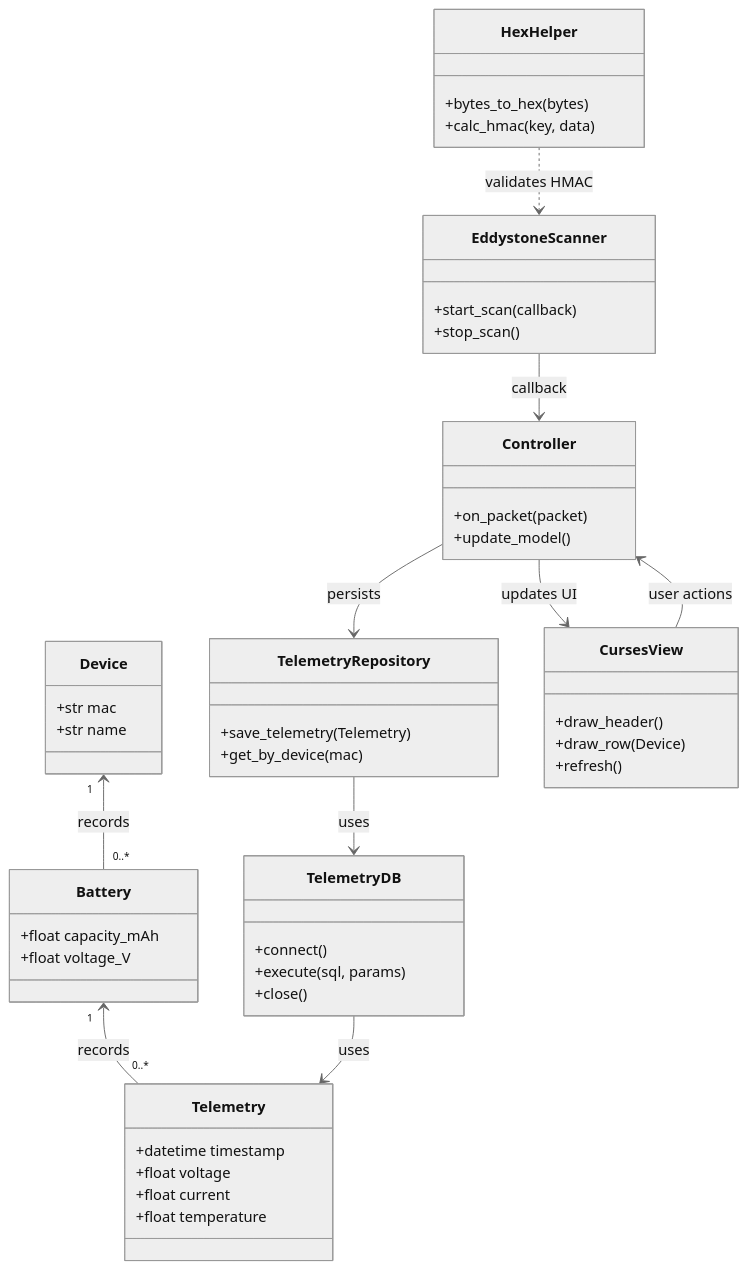
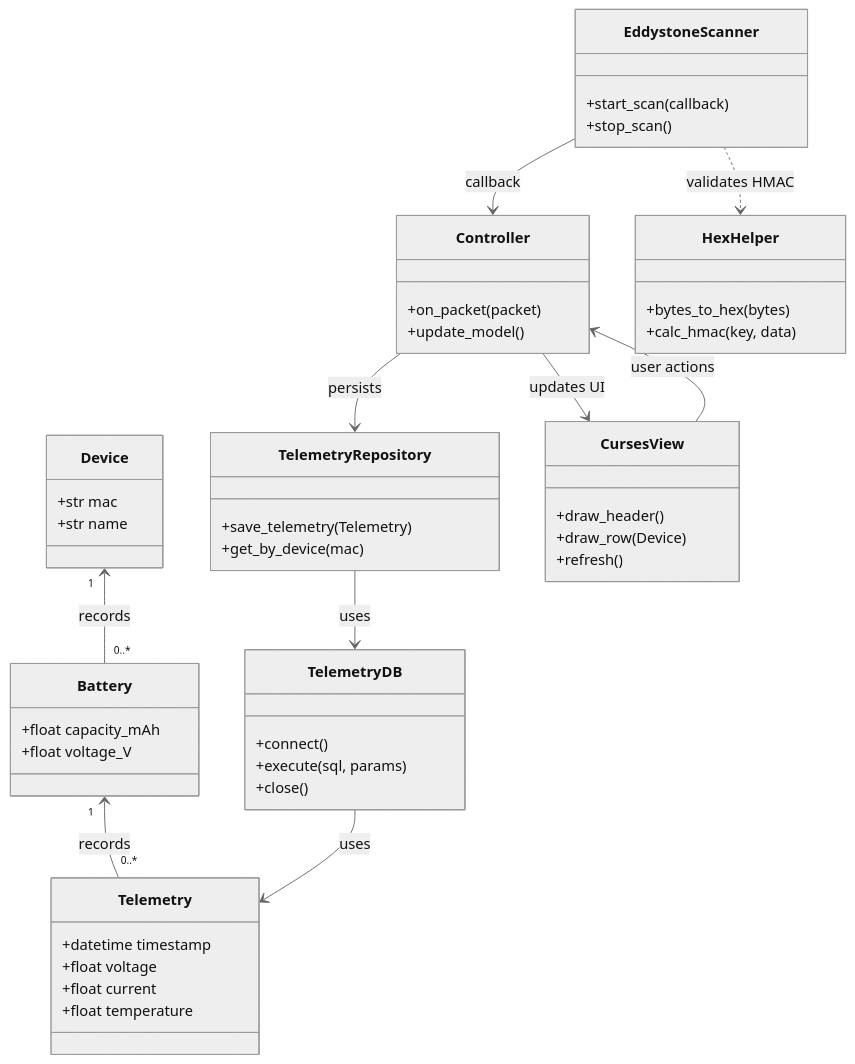
Before and after one commit to aakloul/esp32_smart_battery_analyzer: the diagram in README.md, drawn with Mermaid (neutral theme).

````diff
--- a/README.md
+++ b/README.md
@@ -121,63 +121,63 @@
 ```mermaid
 classDiagram
     %% Core data structures
     class Device {
         +str mac
         +str name
     }
     class Battery {
         +float capacity_mAh
         +float voltage_V
     }
     class Telemetry {
         +datetime timestamp
         +float voltage
         +float current
         +float temperature
     }
 
     %% Repositories / DAOs
     class TelemetryDB {
         +connect()
         +execute(sql, params)
         +close()
     }
     class TelemetryRepository {
         +save_telemetry(Telemetry)
         +get_by_device(mac)
     }
 
     %% Scanner & Controller
     class EddystoneScanner {
         +start_scan(callback)
         +stop_scan()
     }
     class Controller {
         +on_packet(packet)
         +update_model()
     }
 
     %% UI
     class CursesView {
         +draw_header()
         +draw_row(Device)
         +refresh()
     }
 
     %% Utilities
     class HexHelper {
         +bytes_to_hex(bytes)
         +calc_hmac(key, data)
     }
 
     %% Relationships
     Device "1" <-- "0..*" Battery : records
     Battery "1" <-- "0..*" Telemetry : records
     TelemetryRepository --> TelemetryDB : uses
     TelemetryDB --> Telemetry : uses
     Controller --> TelemetryRepository : persists
     Controller --> CursesView : updates UI
     CursesView --> Controller : user actions
     EddystoneScanner --> Controller : callback
-    HexHelper ..> EddystoneScanner : validates HMAC
+    EddystoneScanner  ..> HexHelper : validates HMAC
 ```
````
